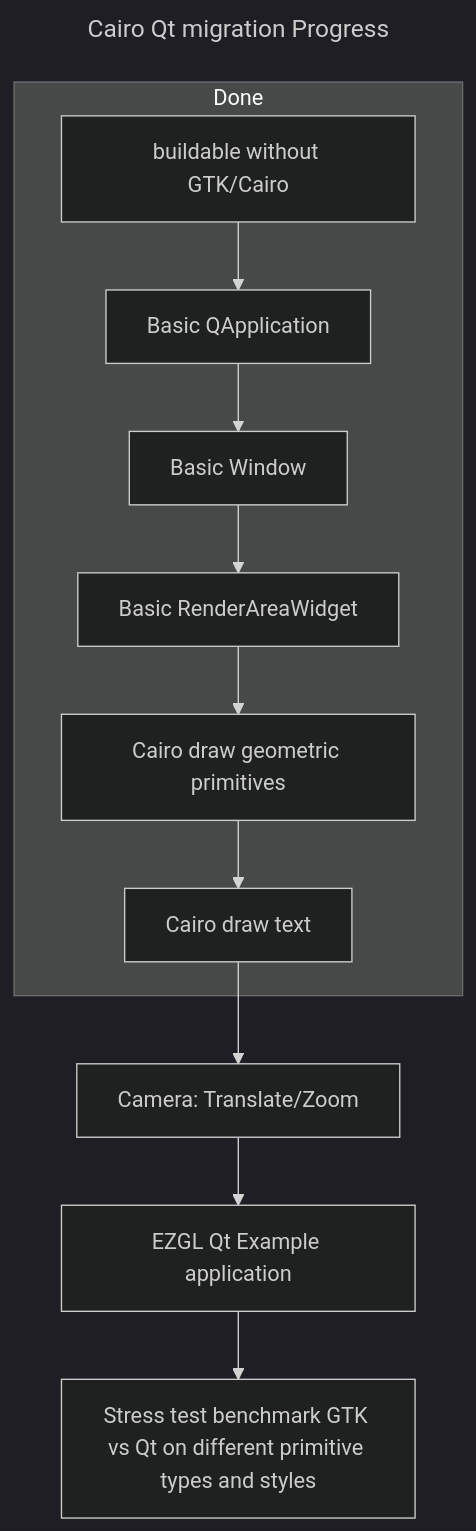
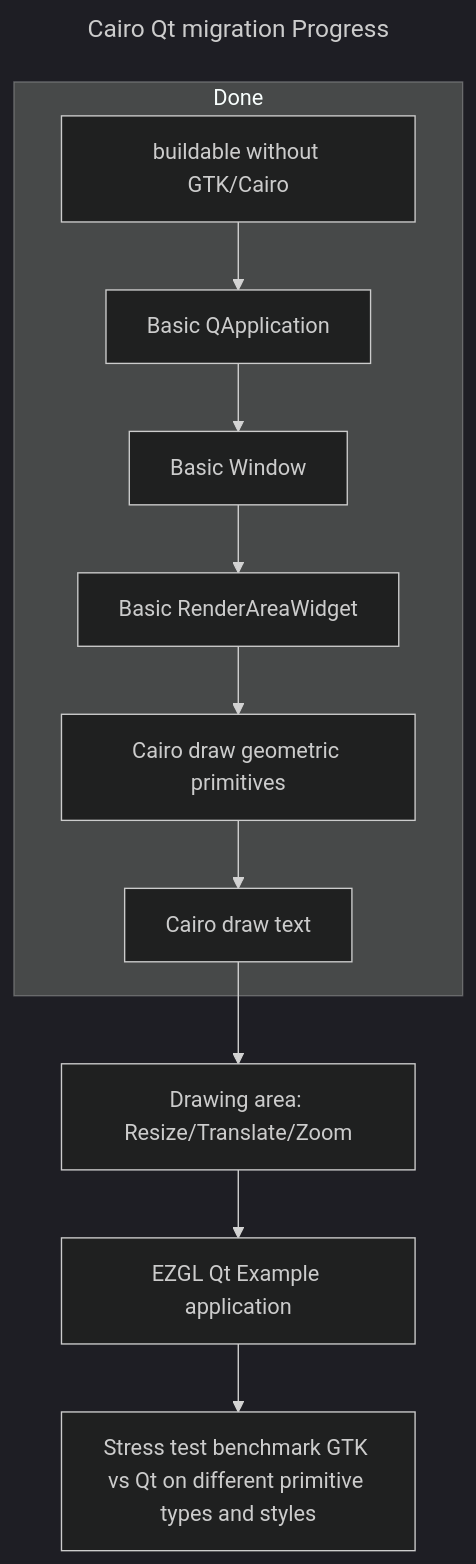
Before and after one commit to w0lek/ezgl: the seventh of 7 diagrams in doc/qtport.md, drawn with Mermaid (dark theme). The commit also changed other lines of this file, not shown here.

````diff
--- a/doc/qtport.md
+++ b/doc/qtport.md
@@ -416,24 +419,24 @@
 ```mermaid
 ---
 title: Cairo Qt migration Progress
 ---
 flowchart TD
   ezgl_frame_buildable_without_gtk[buildable without GTK/Cairo] -->
   basic_qapp[Basic QApplication] -->
   basic_window[Basic Window] -->
   basic_render_area_widget[Basic RenderAreaWidget] -->
   cairo_draw_primitives[Cairo draw geometric primitives] -->
   cairo_draw_text[Cairo draw text] -->
-  camera_translate_zoom[Camera: Translate/Zoom] -->
+  drawing_area[Drawing area: Resize/Translate/Zoom] -->
   draw_example_app[EZGL Qt Example application] -->
   stress_test_benchmark[Stress test benchmark GTK vs Qt on different primitive types and styles]
 
   subgraph status [Done]
     ezgl_frame_buildable_without_gtk
     basic_qapp
     basic_window
     basic_render_area_widget
     cairo_draw_primitives
     cairo_draw_text
   end
  ```
````
